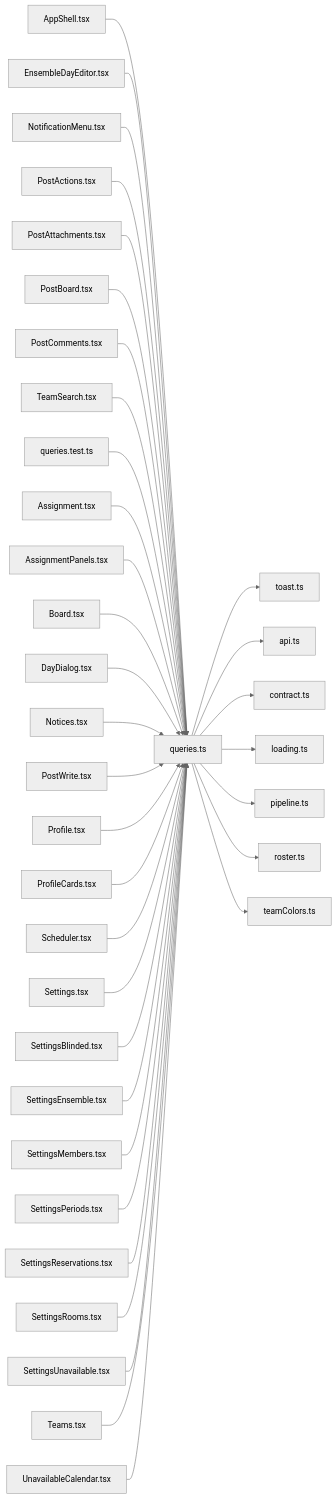
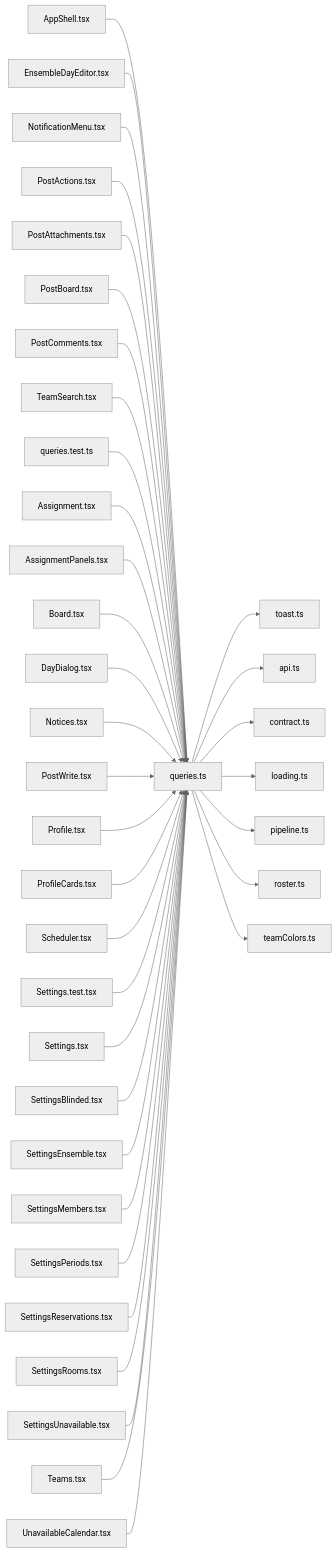
Before and after one commit to minkong-dev/Banblit: the diagram in .cluedoc/graph/frontend/src/components/queries.md, drawn with Mermaid (neutral theme). The commit also changed other lines of this file and 8 other files, not shown here.

````diff
--- a/.cluedoc/graph/frontend/src/components/queries.md
+++ b/.cluedoc/graph/frontend/src/components/queries.md
@@ -10,39 +10,40 @@
 ```mermaid
 flowchart LR
   frontend_src_components_queries["queries.ts"]
   frontend_src_components_queries --> frontend_src_components_toast["toast.ts"]
   frontend_src_components_queries --> frontend_src_lib_api["api.ts"]
   frontend_src_components_queries --> frontend_src_lib_contract["contract.ts"]
   frontend_src_components_queries --> frontend_src_lib_loading["loading.ts"]
   frontend_src_components_queries --> frontend_src_lib_pipeline["pipeline.ts"]
   frontend_src_components_queries --> frontend_src_lib_roster["roster.ts"]
   frontend_src_components_queries --> frontend_src_lib_teamColors["teamColors.ts"]
   frontend_src_components_AppShell["AppShell.tsx"] --> frontend_src_components_queries
   frontend_src_components_EnsembleDayEditor["EnsembleDayEditor.tsx"] --> frontend_src_components_queries
   frontend_src_components_NotificationMenu["NotificationMenu.tsx"] --> frontend_src_components_queries
   frontend_src_components_PostActions["PostActions.tsx"] --> frontend_src_components_queries
   frontend_src_components_PostAttachments["PostAttachments.tsx"] --> frontend_src_components_queries
   frontend_src_components_PostBoard["PostBoard.tsx"] --> frontend_src_components_queries
   frontend_src_components_PostComments["PostComments.tsx"] --> frontend_src_components_queries
   frontend_src_components_TeamSearch["TeamSearch.tsx"] --> frontend_src_components_queries
   frontend_src_components_queries_test["queries.test.ts"] --> frontend_src_components_queries
   frontend_src_routes_Assignment["Assignment.tsx"] --> frontend_src_components_queries
   frontend_src_routes_AssignmentPanels["AssignmentPanels.tsx"] --> frontend_src_components_queries
   frontend_src_routes_Board["Board.tsx"] --> frontend_src_components_queries
   frontend_src_routes_DayDialog["DayDialog.tsx"] --> frontend_src_components_queries
   frontend_src_routes_Notices["Notices.tsx"] --> frontend_src_components_queries
   frontend_src_routes_PostWrite["PostWrite.tsx"] --> frontend_src_components_queries
   frontend_src_routes_Profile["Profile.tsx"] --> frontend_src_components_queries
   frontend_src_routes_ProfileCards["ProfileCards.tsx"] --> frontend_src_components_queries
   frontend_src_routes_Scheduler["Scheduler.tsx"] --> frontend_src_components_queries
+  frontend_src_routes_Settings_test["Settings.test.tsx"] --> frontend_src_components_queries
   frontend_src_routes_Settings["Settings.tsx"] --> frontend_src_components_queries
   frontend_src_routes_SettingsBlinded["SettingsBlinded.tsx"] --> frontend_src_components_queries
   frontend_src_routes_SettingsEnsemble["SettingsEnsemble.tsx"] --> frontend_src_components_queries
   frontend_src_routes_SettingsMembers["SettingsMembers.tsx"] --> frontend_src_components_queries
   frontend_src_routes_SettingsPeriods["SettingsPeriods.tsx"] --> frontend_src_components_queries
   frontend_src_routes_SettingsReservations["SettingsReservations.tsx"] --> frontend_src_components_queries
   frontend_src_routes_SettingsRooms["SettingsRooms.tsx"] --> frontend_src_components_queries
   frontend_src_routes_SettingsUnavailable["SettingsUnavailable.tsx"] --> frontend_src_components_queries
   frontend_src_routes_Teams["Teams.tsx"] --> frontend_src_components_queries
   frontend_src_routes_UnavailableCalendar["UnavailableCalendar.tsx"] --> frontend_src_components_queries
 ```
````
